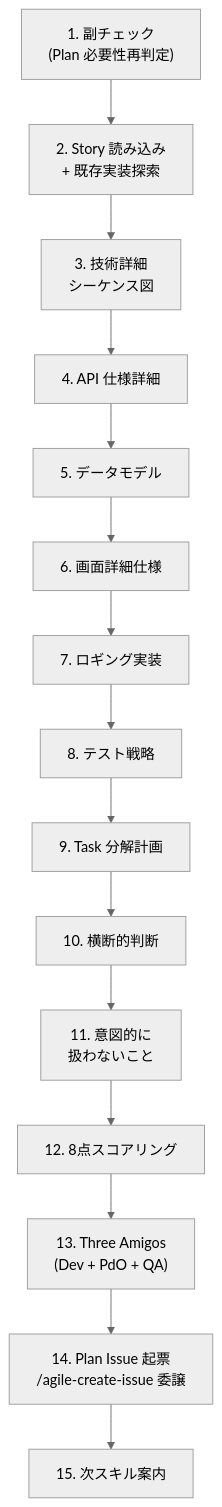
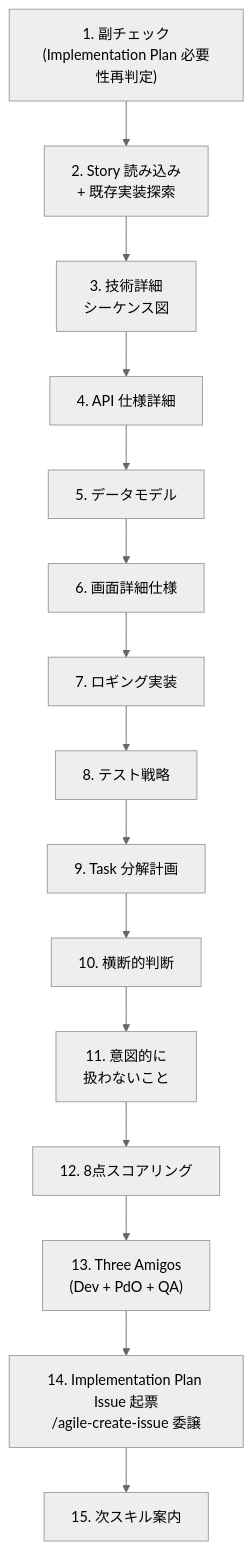
The first of 2 diagrams in skills/agile-refine-implementation-plan/SKILL.md (mrtry-lab/skills), drawn with Mermaid (neutral theme) before and after one commit. The commit also changed other lines of this file and 17 other files, not shown here.

First line of the commit message:
docs: standardize "Implementation Plan" naming, remove shorthand "Plan"

````diff
--- a/skills/agile-refine-implementation-plan/SKILL.md
+++ b/skills/agile-refine-implementation-plan/SKILL.md
@@ -35,20 +35,20 @@
 ```mermaid
 flowchart TB
-  check["1. 副チェック\n(Plan 必要性再判定)"]
+  check["1. 副チェック\n(Implementation Plan 必要性再判定)"]
   read["2. Story 読み込み\n+ 既存実装探索"]
   seq["3. 技術詳細\nシーケンス図"]
   api["4. API 仕様詳細"]
   model["5. データモデル"]
   ui["6. 画面詳細仕様"]
   log["7. ロギング実装"]
   test["8. テスト戦略"]
   task["9. Task 分解計画"]
   cross["10. 横断的判断"]
   exclude["11. 意図的に\n扱わないこと"]
   score["12. 8点スコアリング"]
   review["13. Three Amigos\n(Dev + PdO + QA)"]
-  create["14. Plan Issue 起票\n/agile-create-issue 委譲"]
+  create["14. Implementation Plan Issue 起票\n/agile-create-issue 委譲"]
   next["15. 次スキル案内"]
 
   check --> read --> seq --> api --> model --> ui --> log --> test --> task --> cross --> exclude --> score --> review --> create --> next
 ```
````
